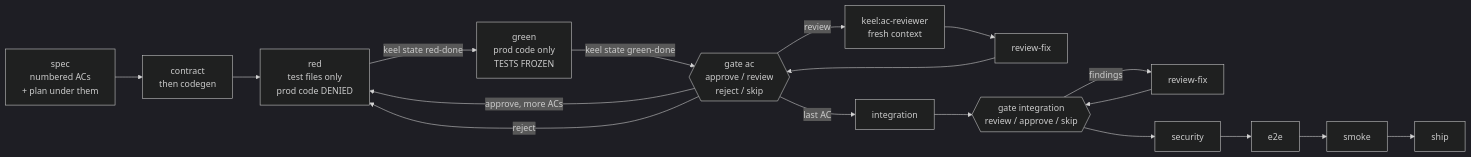
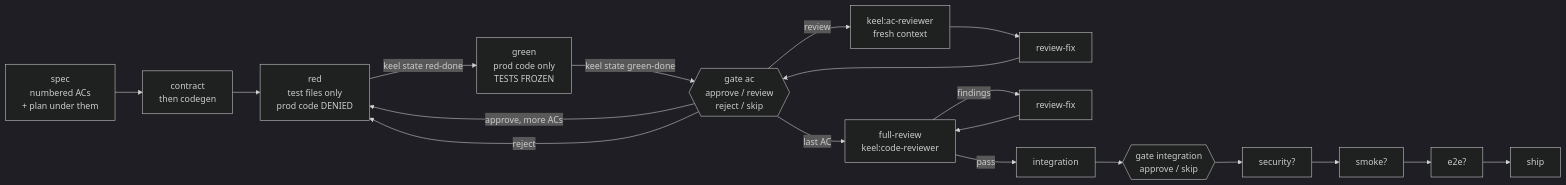
One commit to MiladNalbandi/keel changed the second of 4 diagrams in docs/REFERENCE.md. Above: the diagram before and after it, drawn with Mermaid (dark theme). The commit also changed other lines of this file and 22 other files, not shown here.

First line of the commit message:
Review after the last AC; make security, smoke, E2E optional

````diff
--- a/docs/REFERENCE.md
+++ b/docs/REFERENCE.md
@@ -303,14 +308,15 @@
 ```mermaid
 flowchart LR
   S["spec<br/>numbered ACs<br/>+ plan under them"] --> CT["contract<br/>then codegen"]
   CT --> R["red<br/>test files only<br/>prod code DENIED"]
   R -->|"keel state red-done"| G["green<br/>prod code only<br/>TESTS FROZEN"]
   G -->|"keel state green-done"| GA{{"gate ac<br/>approve / review<br/>reject / skip"}}
   GA -->|"approve, more ACs"| R
   GA -->|"review"| RV["keel:ac-reviewer<br/>fresh context"]
   RV --> RF["review-fix"] --> GA
   GA -->|"reject"| R
-  GA -->|"last AC"| I["integration"] --> IG{{"gate integration<br/>review / approve / skip"}}
-  IG -->|"findings"| RF2["review-fix"] --> IG
-  IG --> SEC["security"] --> E["e2e"] --> SM["smoke"] --> SH["ship"]
+  GA -->|"last AC"| FR["full-review<br/>keel:code-reviewer"]
+  FR -->|"findings"| RF2["review-fix"] --> FR
+  FR -->|"pass"| I["integration"] --> IG{{"gate integration<br/>approve / skip"}}
+  IG --> SEC["security?"] --> SM["smoke?"] --> E["e2e?"] --> SH["ship"]
 ```
````
